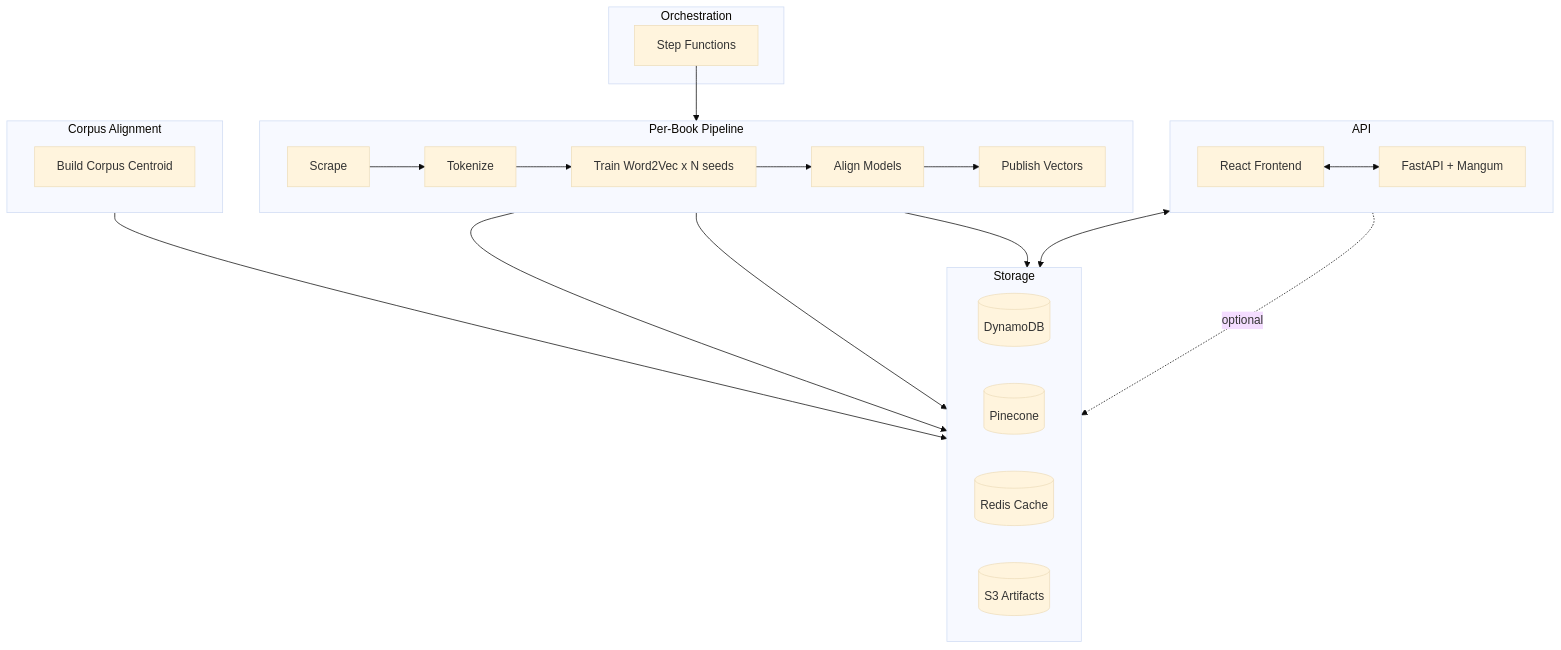
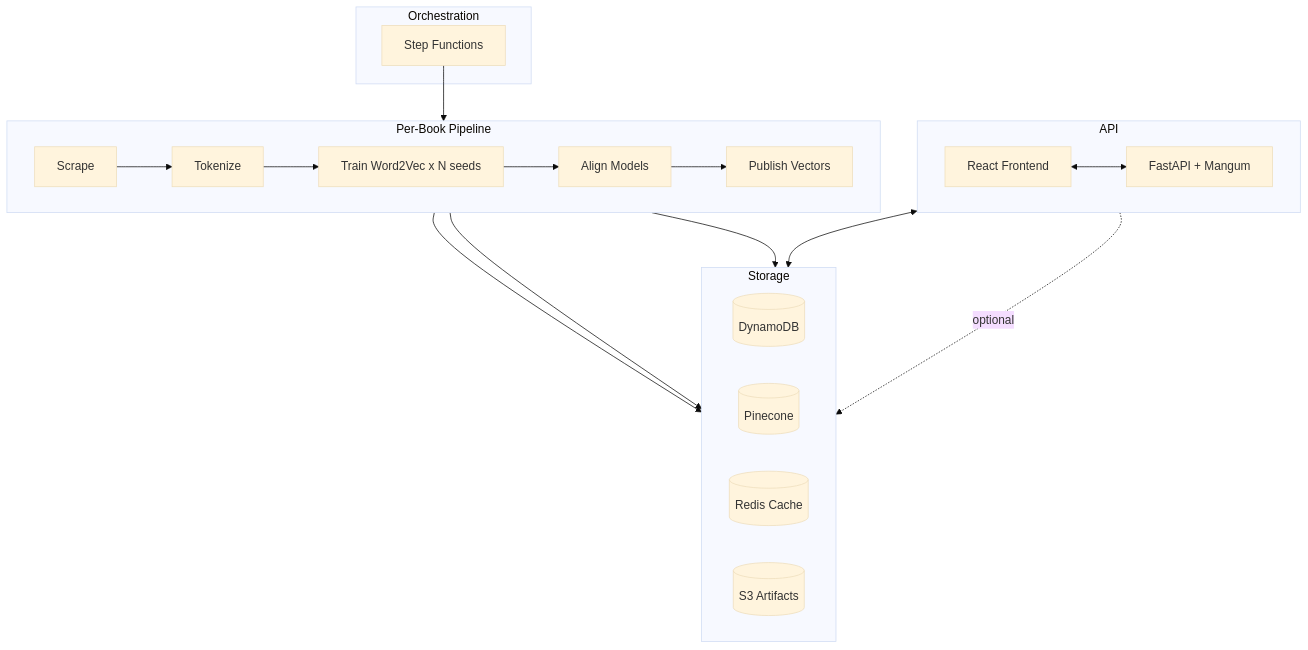
One commit to areebms/embedding-analytics changed the diagram in README.md. Above: the diagram before and after it, drawn with Mermaid (base theme). The commit also changed other lines of this file and 21 other files, not shown here.

````diff
--- a/README.md
+++ b/README.md
@@ -60,37 +46,31 @@
 ```mermaid
 graph TD
     subgraph Orchestration
         SF[Step Functions]
     end
 
     subgraph API
         direction LR
         UI[React Frontend] <--> FAPI[FastAPI + Mangum]
     end
 
     subgraph Storage
         direction LR
         DDB[(DynamoDB)]
         PC[(Pinecone)]
         RED[(Redis Cache)]
         S3[(S3 Artifacts)]
     end
 
     subgraph Pipeline [Per-Book Pipeline]
         direction LR
         SCR[Scrape] --> TOK[Tokenize] --> TRN["Train Word2Vec x N seeds"] --> ALN[Align Models] --> PUB[Publish Vectors]
     end
 
-    subgraph Corpus [Corpus Alignment]
-        direction LR
-        BCC[Build Corpus Centroid]
-    end
-
     SF --> Pipeline
     Pipeline --> S3
     PUB --> DDB
     PUB --> PC
     FAPI <--> DDB
     FAPI -. optional .-> RED
-    Corpus --> S3
 ```
````
